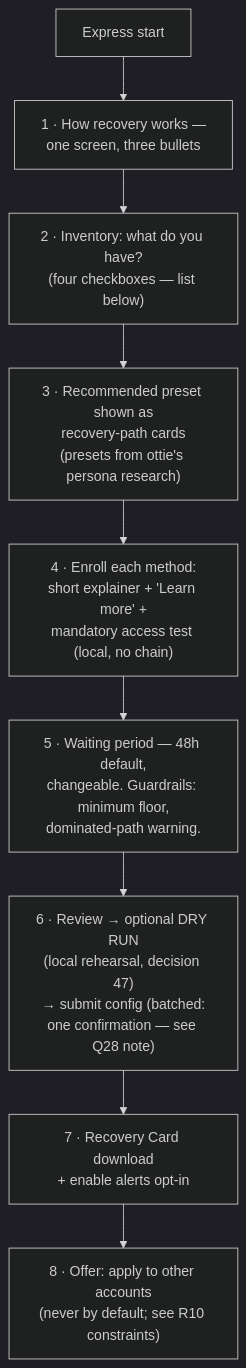
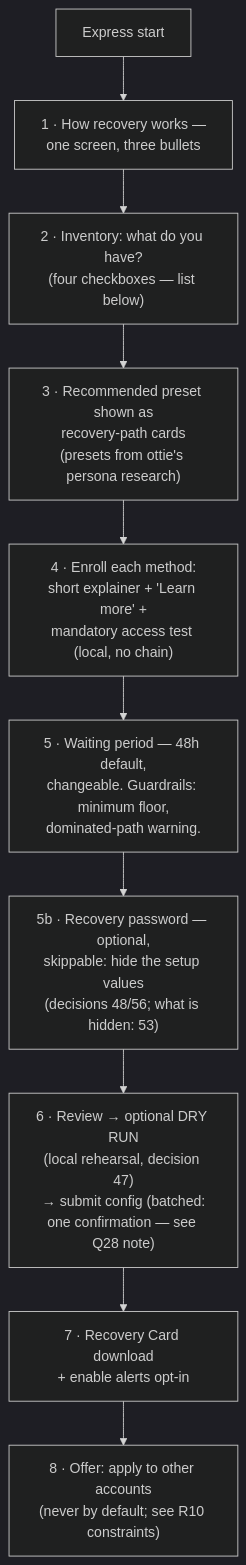
One commit to FiboAtWonder/kohaku-extension changed the fourth of 14 diagrams in social-recovery-ux-flows.md. Above: the diagram before and after it, drawn with Mermaid (dark theme).

Commit message:
docs: wizard diagram gains the 5b recovery-password step (decision 48)

````diff
--- a/social-recovery-ux-flows.md
+++ b/social-recovery-ux-flows.md
@@ -148,11 +148,12 @@
 ```mermaid
 flowchart TD
     A[Express start] --> B["1 · How recovery works —<br/>one screen, three bullets"]
     B --> C["2 · Inventory: what do you have?<br/>(four checkboxes — list below)"]
     C --> D["3 · Recommended preset shown as<br/>recovery-path cards<br/>(presets from ottie's persona research)"]
     D --> E["4 · Enroll each method:<br/>short explainer + 'Learn more' +<br/>mandatory access test (local, no chain)"]
     E --> F["5 · Waiting period — 48h default,<br/>changeable. Guardrails: minimum floor,<br/>dominated-path warning."]
-    F --> G["6 · Review → optional DRY RUN<br/>(local rehearsal, decision 47)<br/>→ submit config (batched:<br/>one confirmation — see Q28 note)"]
+    F --> PW["5b · Recovery password — optional,<br/>skippable: hide the setup values<br/>(decisions 48/56; what is hidden: 53)"]
+    PW --> G["6 · Review → optional DRY RUN<br/>(local rehearsal, decision 47)<br/>→ submit config (batched:<br/>one confirmation — see Q28 note)"]
     G --> H["7 · Recovery Card download<br/>+ enable alerts opt-in"]
     H --> I["8 · Offer: apply to other accounts<br/>(never by default; see R10 constraints)"]
 ```
````
